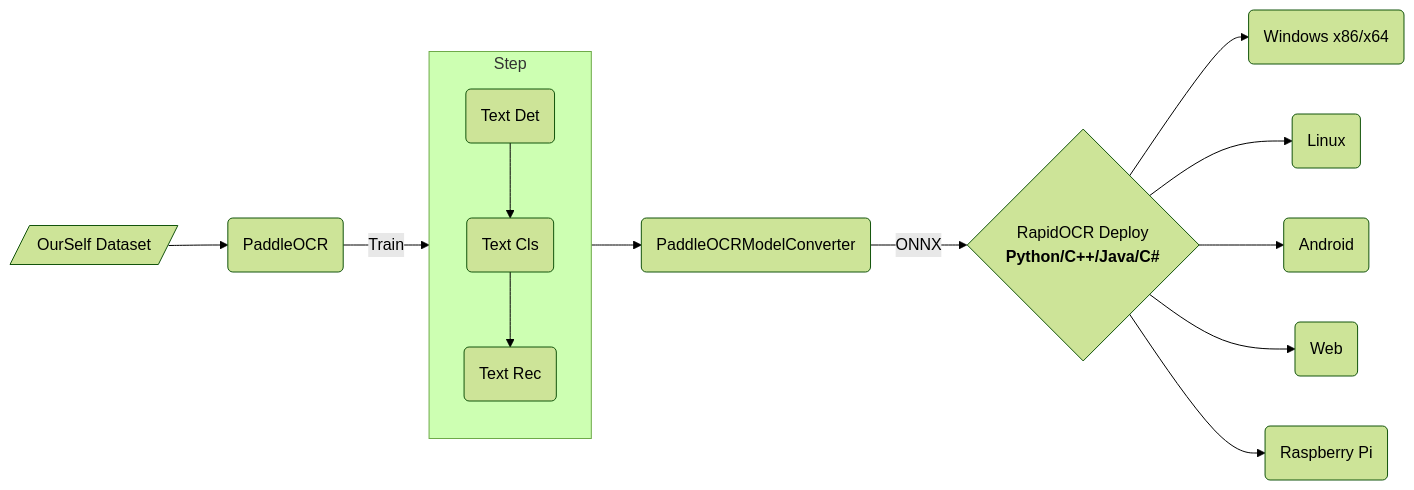
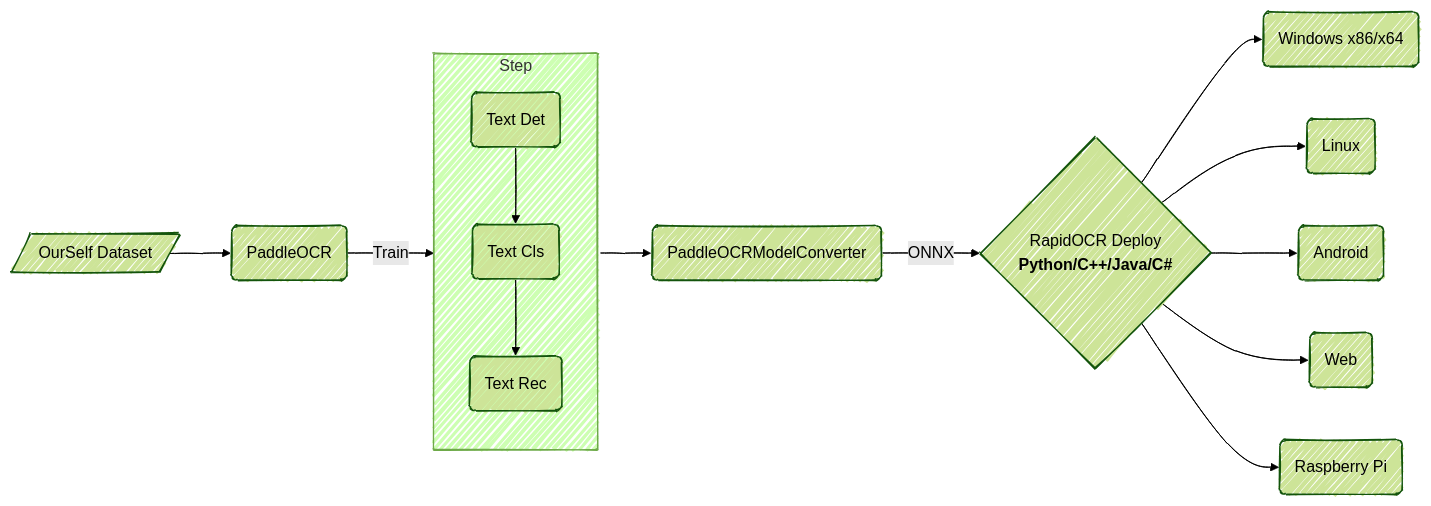
The diagram in docs/index.md (RapidAI/RapidOCRDocs), drawn with Mermaid (forest theme) before and after one commit.

Commit message:
docs: update framework style

````diff
--- a/docs/index.md
+++ b/docs/index.md
@@ -51,18 +51,19 @@
 ```mermaid
 ---
 config:
   fontFamily: "LXGW WenKai Screen"
+  look: handDrawn
 ---
 flowchart LR
     subgraph Step
     direction TB
     C(Text Det) --> D(Text Cls) --> E(Text Rec)
     end
 
     A[/OurSelf Dataset/] --> B(PaddleOCR) --Train--> Step --> F(PaddleOCRModelConverter)
     F --ONNX--> G{RapidOCR Deploy\n<b>Python/C++/Java/C#</b>}
     G --> H(Windows x86/x64) & I(Linux) & J(Android) & K(Web) & L(Raspberry Pi)
 
     click B "https://github.com/PaddlePaddle/PaddleOCR" _blank
     click F "https://github.com/RapidAI/PaddleOCRModelConverter" _blank
 ```
````
